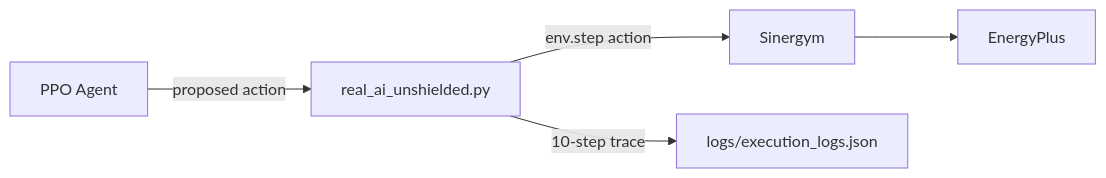
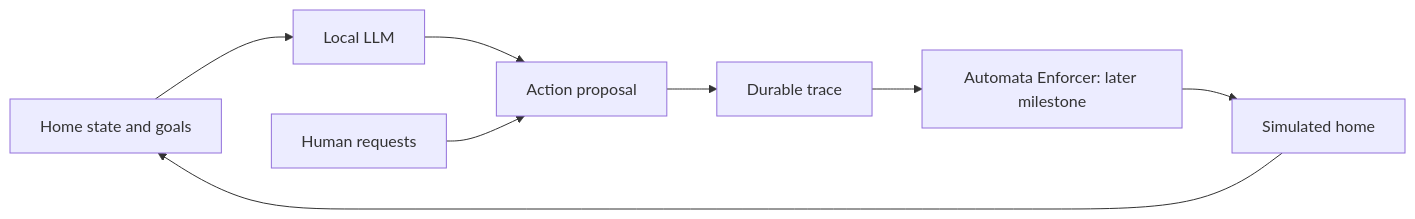
The diagram in README.md (PavaritPramual/safeflow-automata), drawn with Mermaid before and after one commit. The commit also changed other lines of this file and 8 other files, not shown here.

Commit message:
chore: prepare smart-home study and preserve Sinergym evidence

````diff
--- a/README.md
+++ b/README.md
@@ -19,7 +17,10 @@
 ```mermaid
 flowchart LR
-    A[PPO Agent] -->|proposed action| B[real_ai_unshielded.py]
-    B -->|env.step action| C[Sinergym]
-    C --> D[EnergyPlus]
-    B -->|10-step trace| E[logs/execution_logs.json]
+    S[Home state and goals] --> A[Local LLM]
+    A --> P[Action proposal]
+    H[Human requests] --> P
+    P --> L[Durable trace]
+    L --> E[Automata Enforcer: later milestone]
+    E --> B[Simulated home]
+    B --> S
 ```
````
